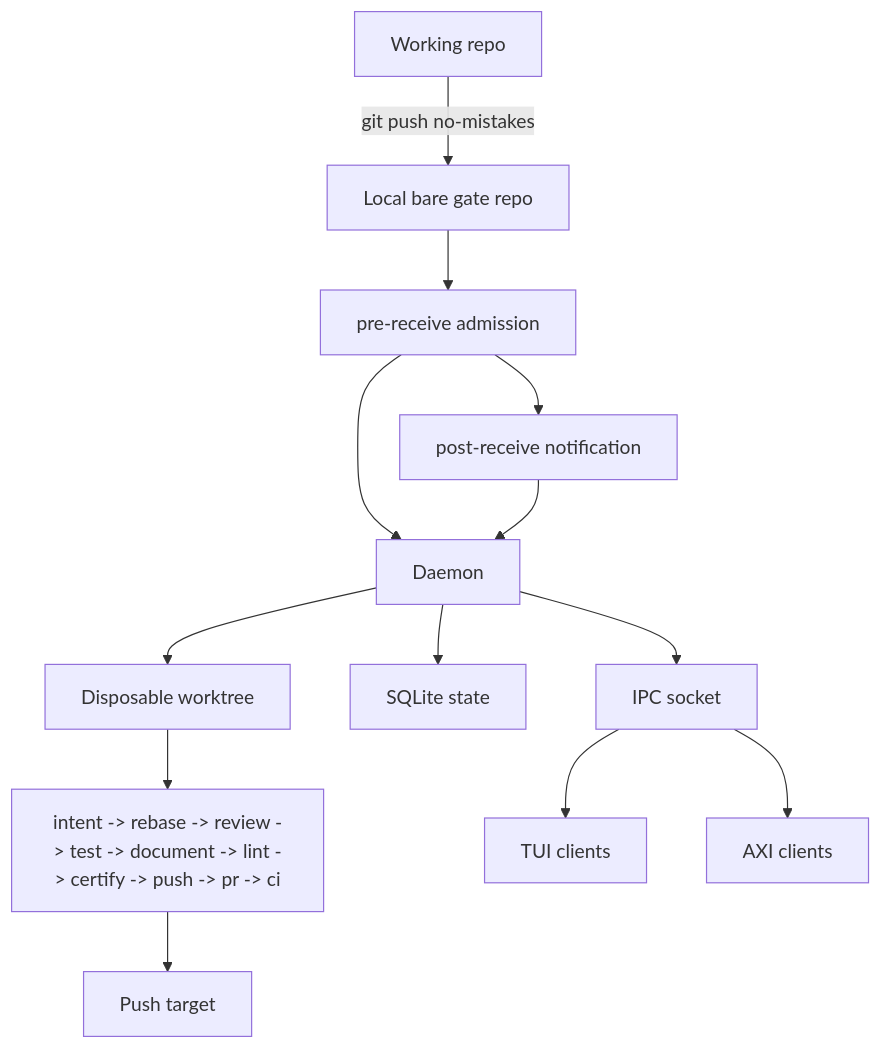
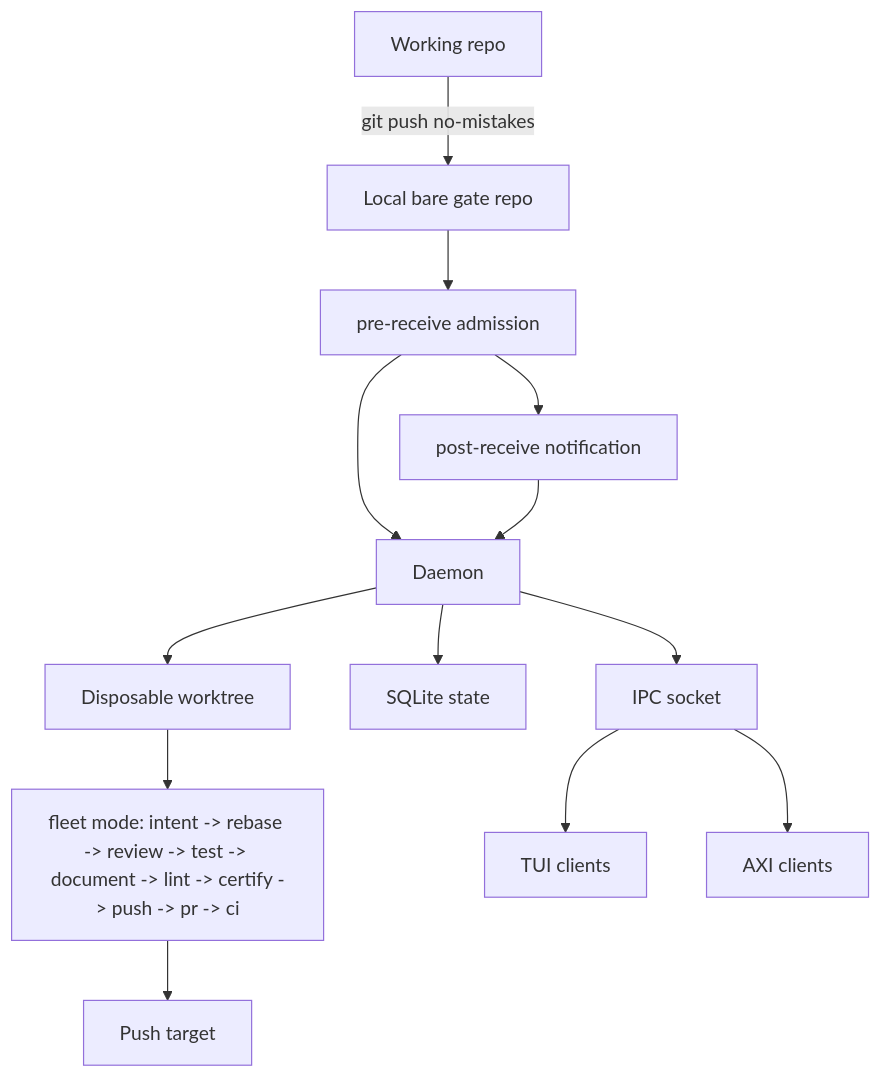
One commit to kunchenguid/no-mistakes changed the diagram in docs/src/content/docs/concepts/gate-model.md. Above: the diagram before and after it, drawn with Mermaid. The commit also changed other lines of this file and 5 other files, not shown here.

Commit message:
no-mistakes(review): Harden fleet mutation provenance and isolation

````diff
--- a/docs/src/content/docs/concepts/gate-model.md
+++ b/docs/src/content/docs/concepts/gate-model.md
@@ -14,15 +14,15 @@
 ```mermaid
 flowchart TD
   repo["Working repo"] -->|"git push no-mistakes"| gate["Local bare gate repo"]
   gate --> admission["pre-receive admission"]
   admission --> hook["post-receive notification"]
   admission --> daemon["Daemon"]
   hook --> daemon
   daemon --> worktree["Disposable worktree"]
-  worktree --> pipeline["intent -> rebase -> review -> test -> document -> lint -> certify -> push -> pr -> ci"]
+  worktree --> pipeline["fleet mode: intent -> rebase -> review -> test -> document -> lint -> certify -> push -> pr -> ci"]
   pipeline --> target["Push target"]
   daemon --> db["SQLite state"]
   daemon --> ipc["IPC socket"]
   ipc --> tui["TUI clients"]
   ipc --> axi["AXI clients"]
 ```
````
